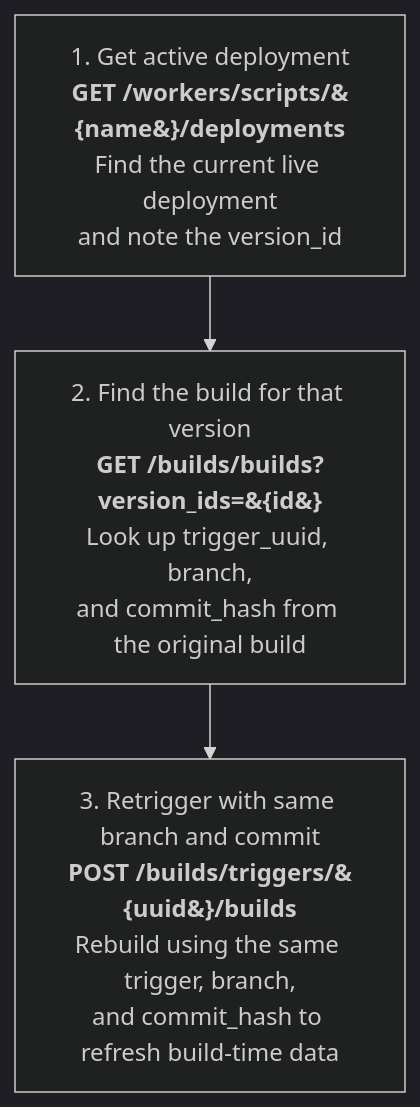
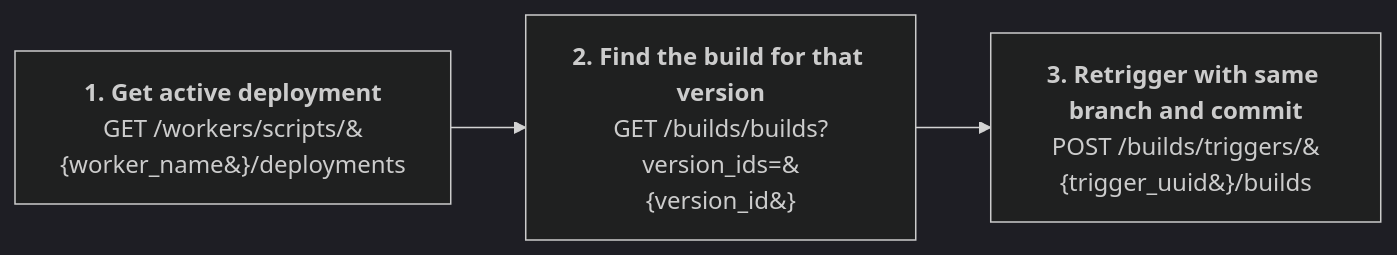
The third of 3 diagrams in src/content/docs/workers/ci-cd/builds/api-reference.mdx (cloudflare/cloudflare-docs), drawn with Mermaid (dark theme) before and after one commit. The commit also changed other lines of this file, not shown here.

Commit message:
Fixed 3 Mermaid diagrams: fields, style

````diff
--- a/src/content/docs/workers/ci-cd/builds/api-reference.mdx
+++ b/src/content/docs/workers/ci-cd/builds/api-reference.mdx
@@ -452,5 +452,5 @@
 ```mermaid
-flowchart TD
-    A["1. Get active deployment<br/><strong>GET /workers/scripts/&#123;name&#125;/deployments</strong><br/>Find the current live deployment<br/>and note the version_id"] --> B["2. Find the build for that version<br/><strong>GET /builds/builds?version_ids=&#123;id&#125;</strong><br/>Look up trigger_uuid, branch,<br/>and commit_hash from the original build"]
-    B --> C["3. Retrigger with same branch and commit<br/><strong>POST /builds/triggers/&#123;uuid&#125;/builds</strong><br/>Rebuild using the same trigger, branch,<br/>and commit_hash to refresh build-time data"]
+flowchart LR
+    A["<strong>1. Get active deployment</strong><br/>GET /workers/scripts/&#123;worker_name&#125;/deployments"] --> B["<strong>2. Find the build for that version</strong><br/>GET /builds/builds?version_ids=&#123;version_id&#125;"]
+    B --> C["<strong>3. Retrigger with same branch and commit</strong><br/>POST /builds/triggers/&#123;trigger_uuid&#125;/builds"]
 ```
````
